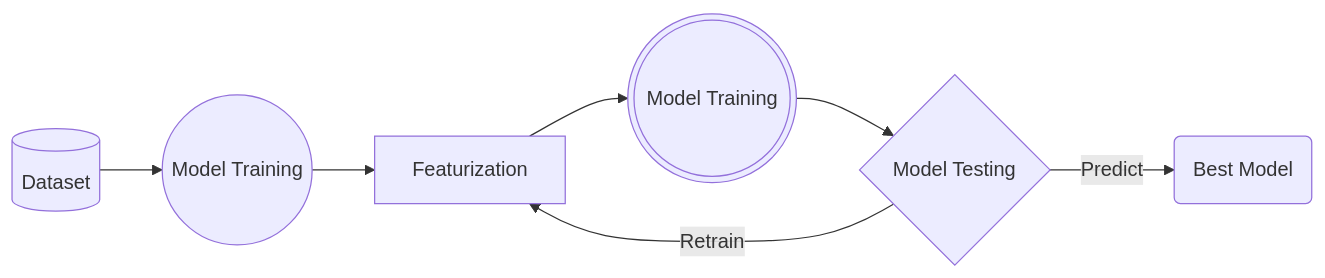
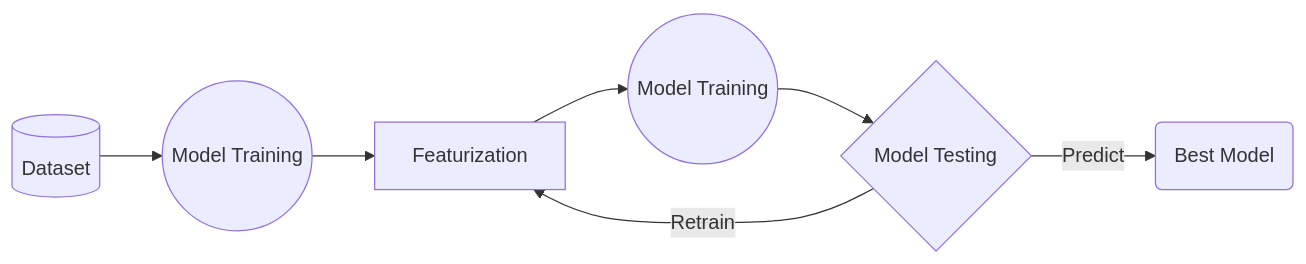
Before and after one commit to Suddhaswatta/learn-ml: the diagram in README.md, drawn with Mermaid.

````diff
--- a/README.md
+++ b/README.md
@@ -15,11 +15,11 @@
 ```mermaid
 flowchart LR
     A[(Dataset)] --> B((Model Training))
     B --> C[Featurization]
-    C --> D(((Model Training)))
+    C --> D((Model Training))
     D --> E{Model Testing}
     E --> |Retrain| C
     E --> |Predict| F(Best Model)
    
   
 ```
````
